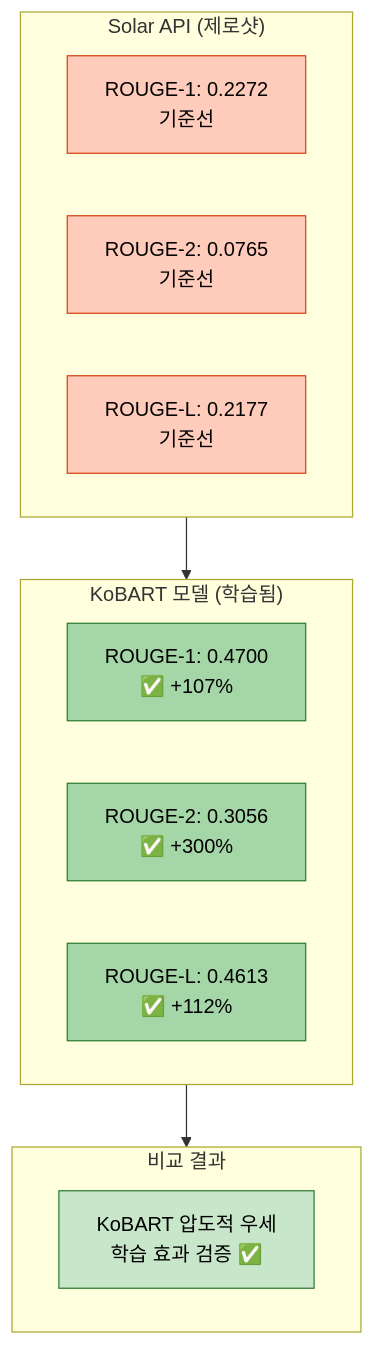
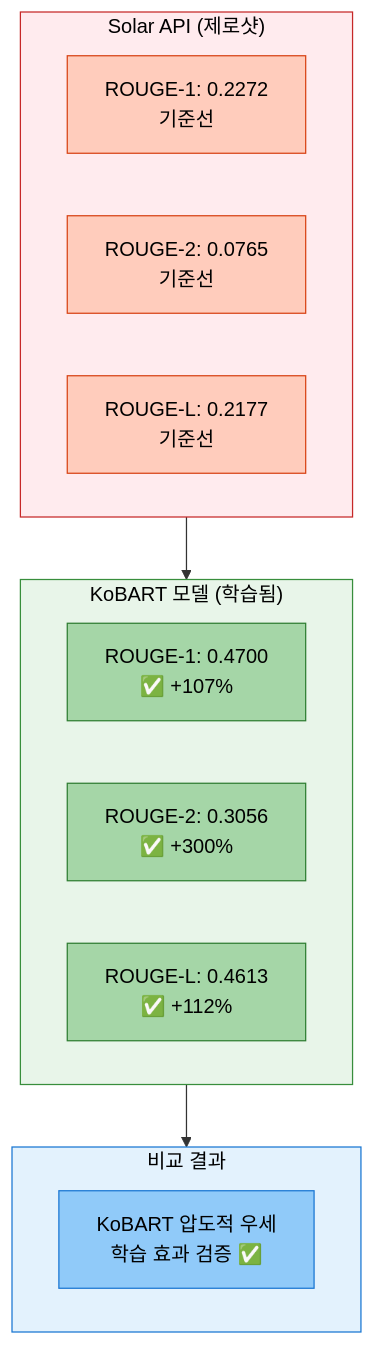
Diagram 11 of 15 in docs/experiments/20251013_111525_strategy1_kobart_optimized_실험분석.md (AIBootcamp14/naturallanguageprocessingcompetition-nlp-1), drawn with Mermaid before and after one commit. The commit also changed other lines of this file, not shown here.

First line of the commit message:
fix: mermaid 다이어그램 스타일 완전 수정

````diff
--- a/docs/experiments/20251013_111525_strategy1_kobart_optimized_실험분석.md
+++ b/docs/experiments/20251013_111525_strategy1_kobart_optimized_실험분석.md
@@ -596,31 +628,35 @@
 ```mermaid
 graph TB
     subgraph KoBART["KoBART 모델 (학습됨)"]
         KB_R1[ROUGE-1: 0.4700<br/>✅ +107%]
         KB_R2[ROUGE-2: 0.3056<br/>✅ +300%]
         KB_RL[ROUGE-L: 0.4613<br/>✅ +112%]
     end
 
     subgraph Solar["Solar API (제로샷)"]
         SOL_R1[ROUGE-1: 0.2272<br/>기준선]
         SOL_R2[ROUGE-2: 0.0765<br/>기준선]
         SOL_RL[ROUGE-L: 0.2177<br/>기준선]
     end
 
     subgraph Result["비교 결과"]
         WIN[KoBART 압도적 우세<br/>학습 효과 검증 ✅]
     end
 
     Solar --> KoBART
     KoBART --> Result
 
+    style KoBART fill:#e8f5e9,stroke:#388e3c,color:#000
+    style Solar fill:#ffebee,stroke:#c62828,color:#000
+    style Result fill:#e3f2fd,stroke:#1976d2,color:#000
+
     style KB_R1 fill:#a5d6a7,stroke:#2e7d32,color:#000
     style KB_R2 fill:#a5d6a7,stroke:#2e7d32,color:#000
     style KB_RL fill:#a5d6a7,stroke:#2e7d32,color:#000
 
     style SOL_R1 fill:#ffccbc,stroke:#d84315,color:#000
     style SOL_R2 fill:#ffccbc,stroke:#d84315,color:#000
     style SOL_RL fill:#ffccbc,stroke:#d84315,color:#000
 
-    style WIN fill:#c8e6c9,stroke:#2e7d32,color:#000
+    style WIN fill:#90caf9,stroke:#1976d2,color:#000
 ```
````
